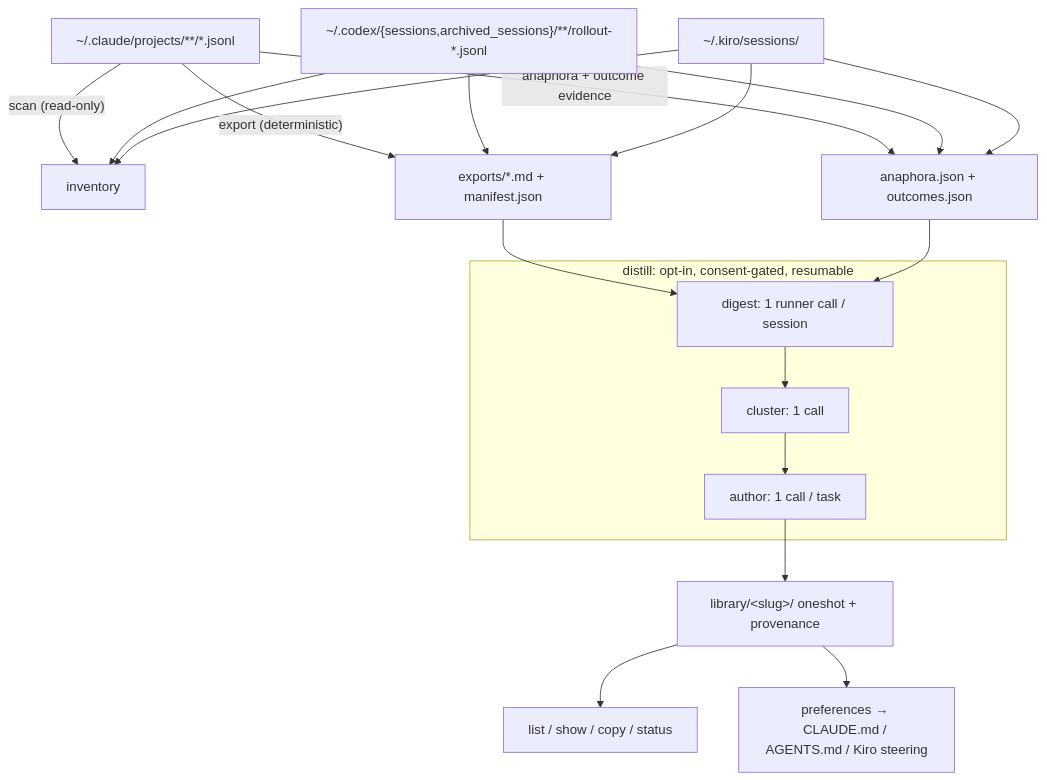
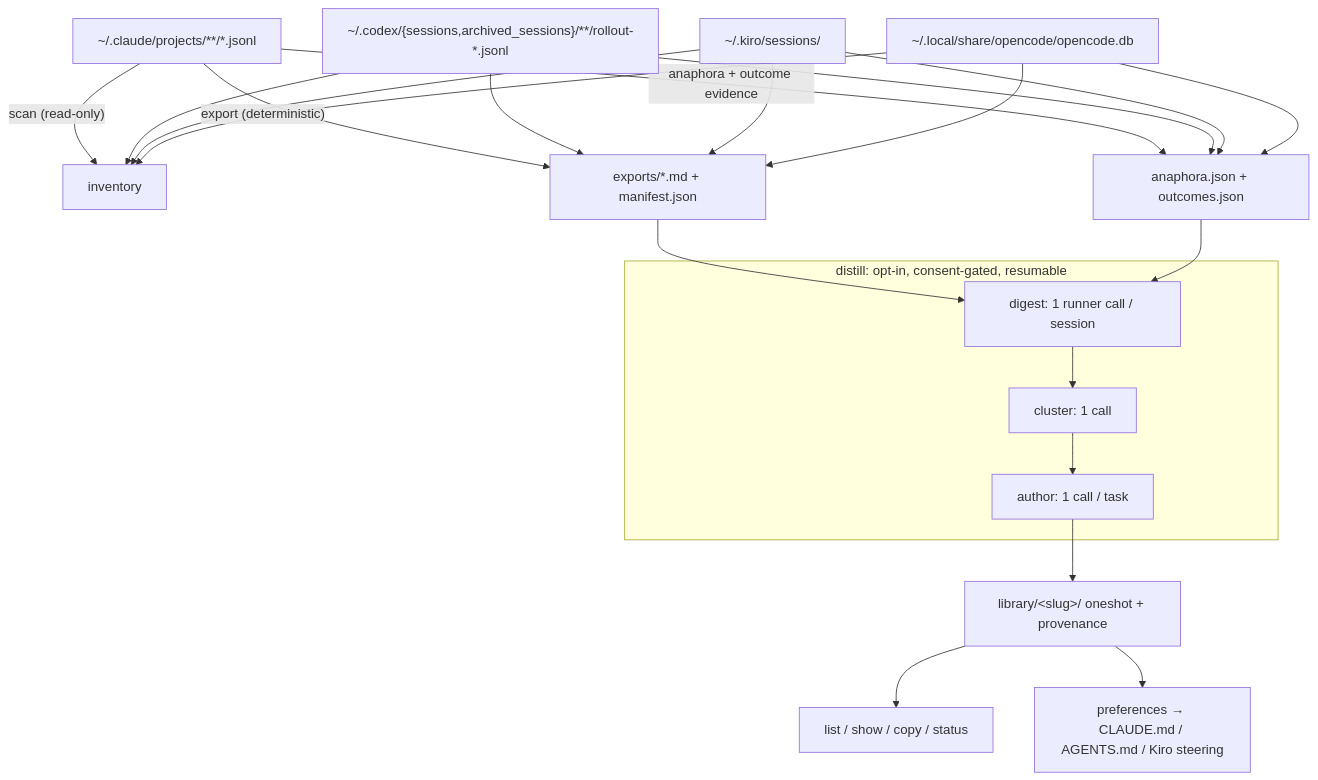
One commit to adityaarunsinghal/human-hindsight changed the diagram in README.md. Above: the diagram before and after it, drawn with Mermaid. The commit also changed other lines of this file and 41 other files, not shown here.

````diff
--- a/README.md
+++ b/README.md
@@ -256,21 +319,24 @@
 ```mermaid
 flowchart TD
     A["~/.claude/projects/**/*.jsonl"] -->|"scan (read-only)"| B["inventory"]
     X["~/.codex/{sessions,archived_sessions}/**/rollout-*.jsonl"] --> B
     K["~/.kiro/sessions/"] --> B
+    O["~/.local/share/opencode/opencode.db"] --> B
     A -->|"export (deterministic)"| C["exports/*.md + manifest.json"]
     X --> C
     K --> C
+    O --> C
     A -->|"anaphora + outcome evidence"| D["anaphora.json + outcomes.json"]
     X --> D
     K --> D
+    O --> D
     C --> E
     D --> E
     subgraph distill ["distill: opt-in, consent-gated, resumable"]
         E["digest: 1 runner call / session"] --> F["cluster: 1 call"]
         F --> G["author: 1 call / task"]
     end
     G --> H["library/&lt;slug&gt;/ oneshot + provenance"]
     H --> I["list / show / copy / status"]
     H --> J["preferences → CLAUDE.md / AGENTS.md / Kiro steering"]
 ```
````
